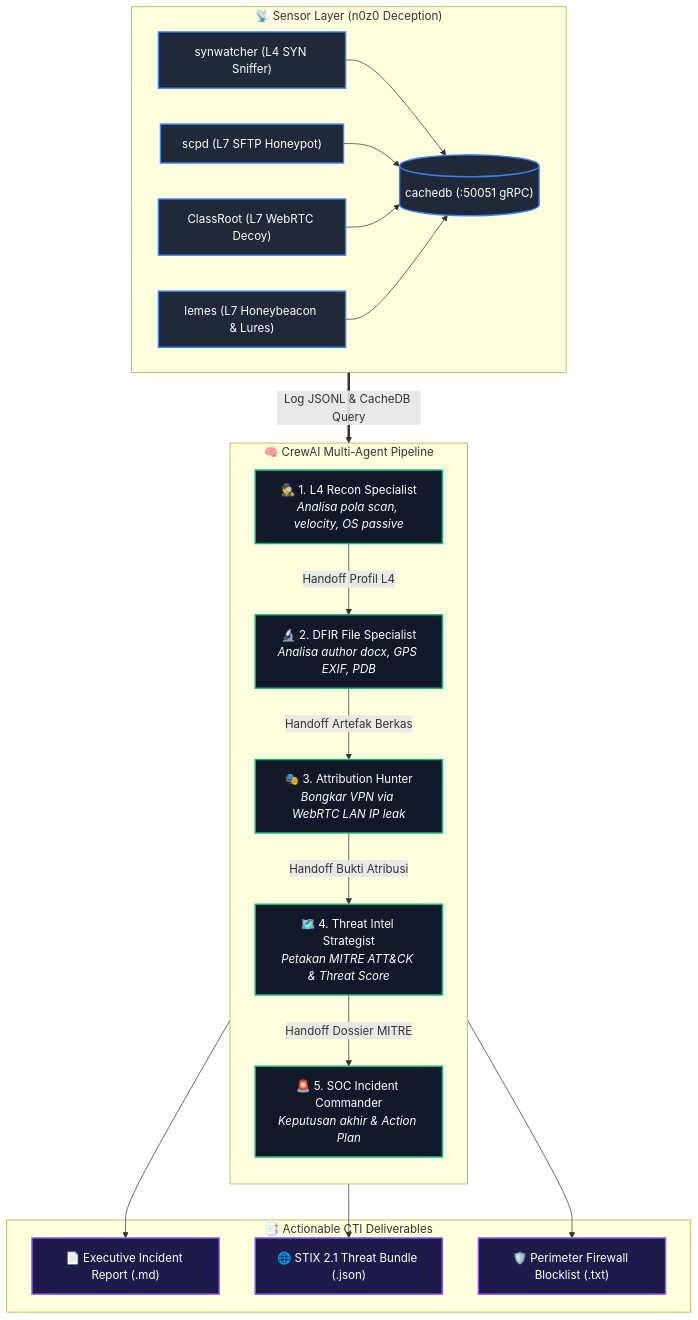
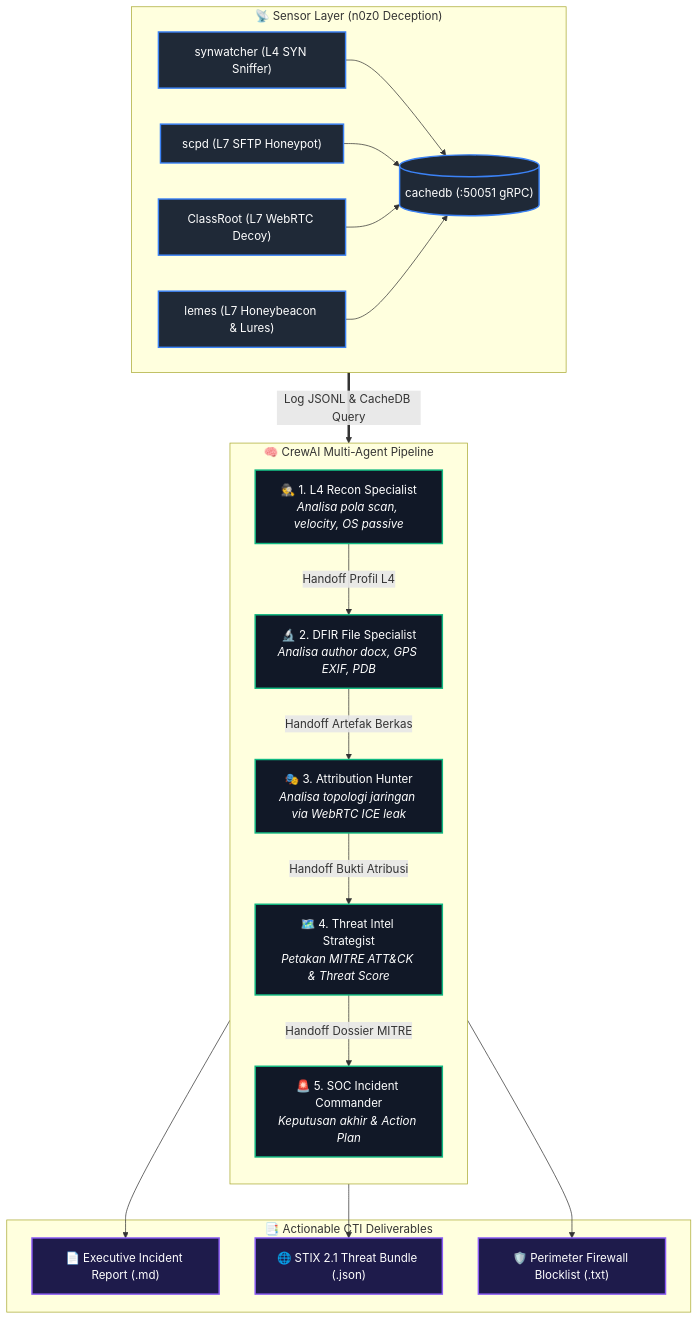
The diagram in README.md (n0z0/actif), drawn with Mermaid before and after one commit. The commit also changed other lines of this file, not shown here.

````diff
--- a/README.md
+++ b/README.md
@@ -67,46 +67,46 @@
 ```mermaid
 flowchart TD
     subgraph SENSORS ["📡 Sensor Layer (n0z0 Deception)"]
         S1["synwatcher (L4 SYN Sniffer)"]
         S2["scpd (L7 SFTP Honeypot)"]
         S3["ClassRoot (L7 WebRTC Decoy)"]
         S4["lemes (L7 Honeybeacon & Lures)"]
         BUS[("cachedb (:50051 gRPC)")]
         S1 --> BUS
         S2 --> BUS
         S3 --> BUS
         S4 --> BUS
     end
 
     subgraph CREWAI ["🧠 CrewAI Multi-Agent Pipeline"]
         direction TB
         A1["🕵️ 1. L4 Recon Specialist<br><i>Analisa pola scan, velocity, OS passive</i>"]
         A2["🔬 2. DFIR File Specialist<br><i>Analisa author docx, GPS EXIF, PDB</i>"]
-        A3["🎭 3. Attribution Hunter<br><i>Bongkar VPN via WebRTC LAN IP leak</i>"]
+        A3["🎭 3. Attribution Hunter<br><i>Analisa topologi jaringan via WebRTC ICE leak</i>"]
         A4["🗺️ 4. Threat Intel Strategist<br><i>Petakan MITRE ATT&CK & Threat Score</i>"]
         A5["🚨 5. SOC Incident Commander<br><i>Keputusan akhir & Action Plan</i>"]
 
         A1 -->|Handoff Profil L4| A2
         A2 -->|Handoff Artefak Berkas| A3
         A3 -->|Handoff Bukti Atribusi| A4
         A4 -->|Handoff Dossier MITRE| A5
     end
 
     SENSORS ==>|Log JSONL & CacheDB Query| CREWAI
 
     subgraph OUTPUTS ["📑 Actionable CTI Deliverables"]
         O1["📄 Executive Incident Report (.md)"]
         O2["🌐 STIX 2.1 Threat Bundle (.json)"]
         O3["🛡️ Perimeter Firewall Blocklist (.txt)"]
         A5 --> O1
         A5 --> O2
         A5 --> O3
     end
 
     classDef sensor fill:#1f2937,stroke:#3b82f6,stroke-width:2px,color:#fff;
     classDef agent fill:#111827,stroke:#10b981,stroke-width:2px,color:#fff;
     classDef output fill:#1e1b4b,stroke:#8b5cf6,stroke-width:2px,color:#fff;
     class S1,S2,S3,S4,BUS sensor;
     class A1,A2,A3,A4,A5 agent;
     class O1,O2,O3 output;
 ```
````
